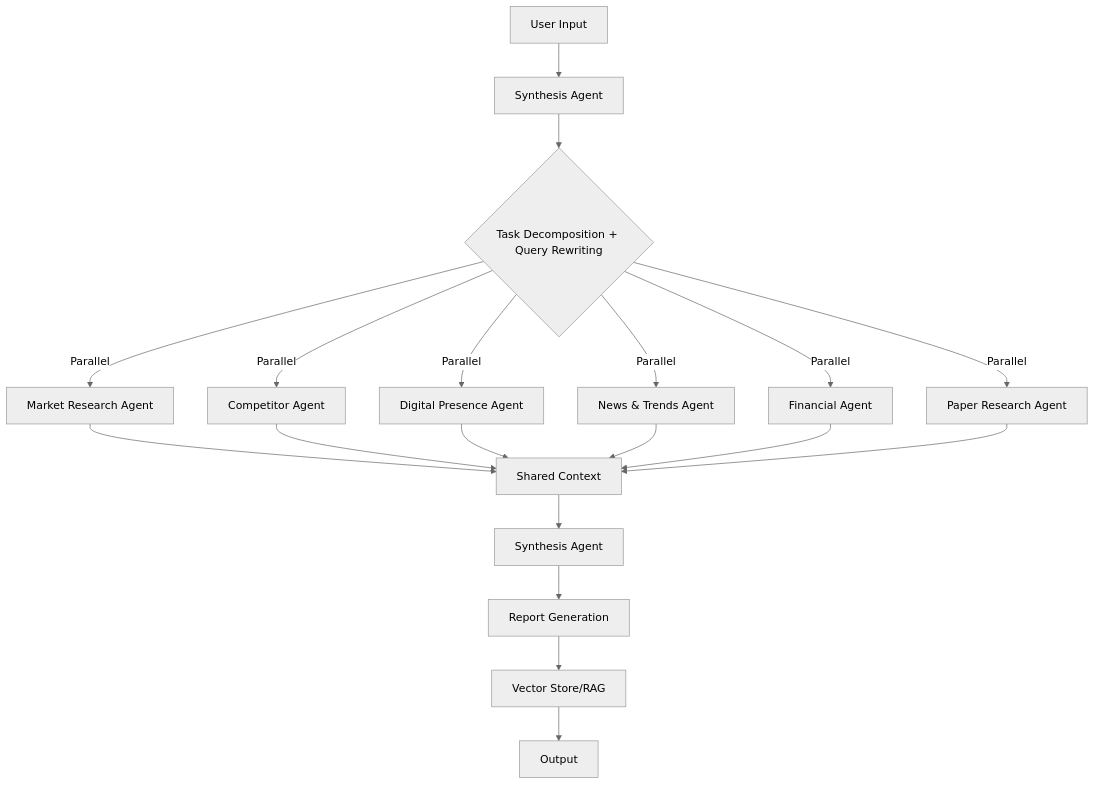
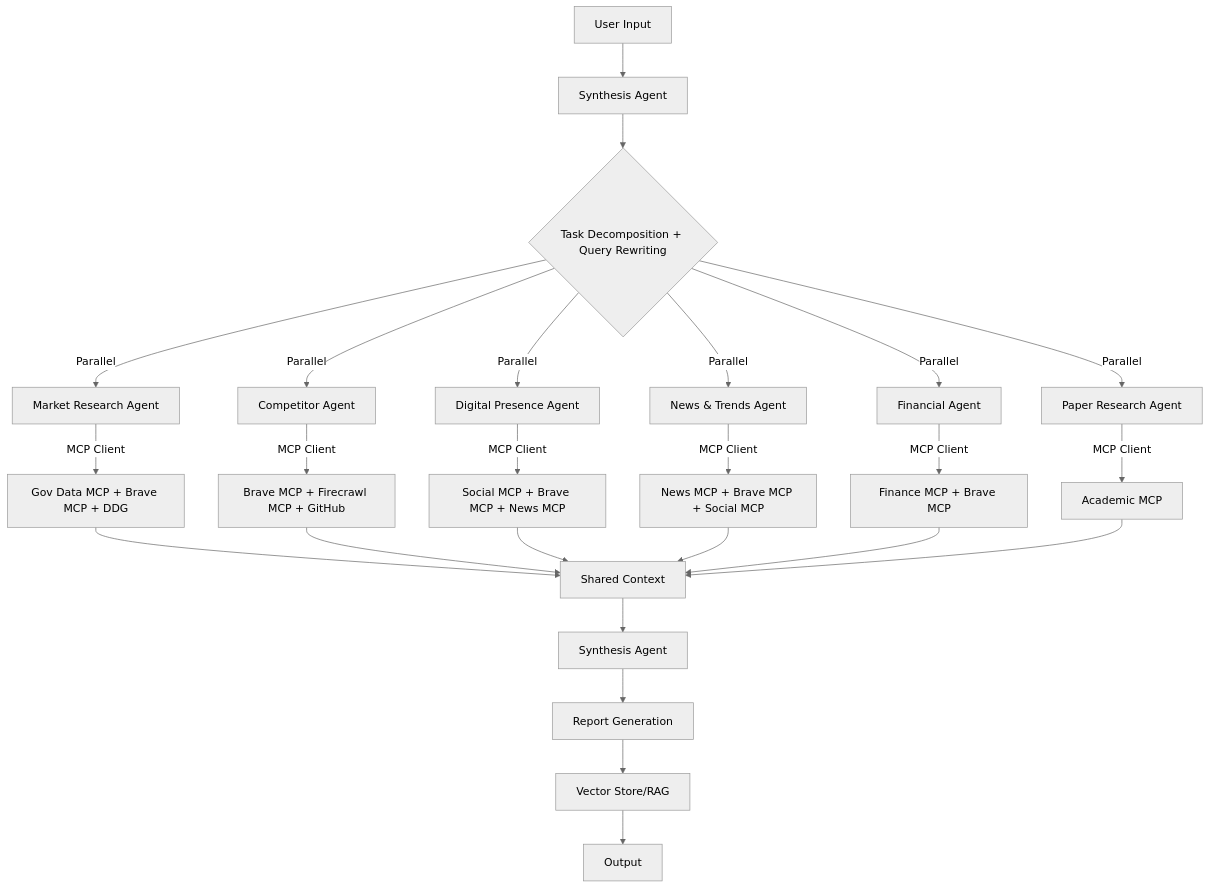
The first of 7 diagrams in README.md (GuiiCorreia/Bootcamp_Akcit), drawn with Mermaid (neutral theme) before and after one commit. The commit also changed other lines of this file, not shown here.

Commit message:
add mcp server

````diff
--- a/README.md
+++ b/README.md
@@ -27,24 +27,31 @@
 ```mermaid
 graph TD
     A[User Input] --> B[Synthesis Agent]
     B --> C{Task Decomposition + Query Rewriting}
     
     C -->|Parallel| D[Market Research Agent]
     C -->|Parallel| E[Competitor Agent]
     C -->|Parallel| F[Digital Presence Agent]
     C -->|Parallel| G[News & Trends Agent]
     C -->|Parallel| H[Financial Agent]
     C -->|Parallel| I[Paper Research Agent]
     
-    D --> J[Shared Context]
-    E --> J
-    F --> J
-    G --> J
-    H --> J
-    I --> J
+    D -->|MCP Client| D1[Gov Data MCP + Brave MCP + DDG]
+    E -->|MCP Client| E1[Brave MCP + Firecrawl MCP + GitHub]
+    F -->|MCP Client| F1[Social MCP + Brave MCP + News MCP]
+    G -->|MCP Client| G1[News MCP + Brave MCP + Social MCP]
+    H -->|MCP Client| H1[Finance MCP + Brave MCP]
+    I -->|MCP Client| I1[Academic MCP]
+    
+    D1 --> J[Shared Context]
+    E1 --> J
+    F1 --> J
+    G1 --> J
+    H1 --> J
+    I1 --> J
     
     J --> K[Synthesis Agent]
     K --> L[Report Generation]
     L --> M[Vector Store/RAG]
     M --> N[Output]
 ```
````
